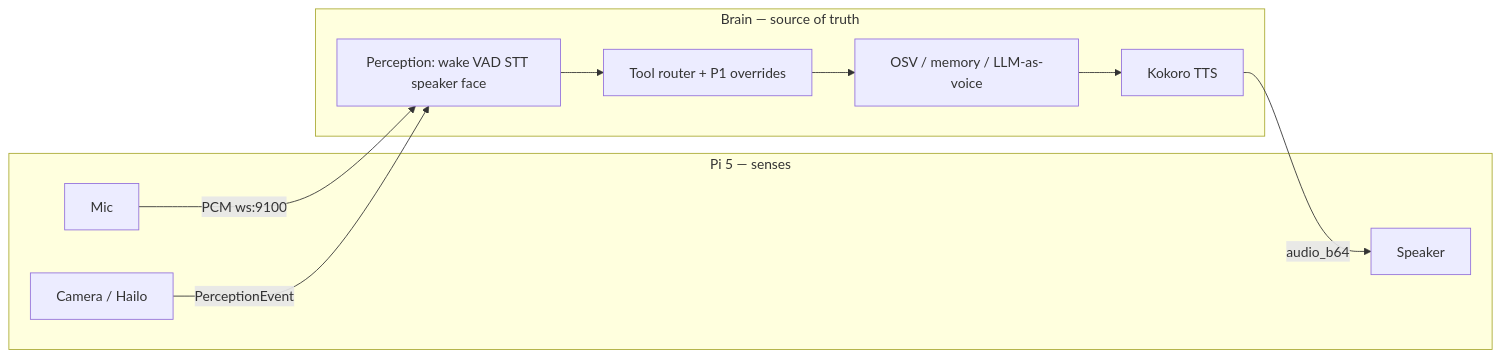
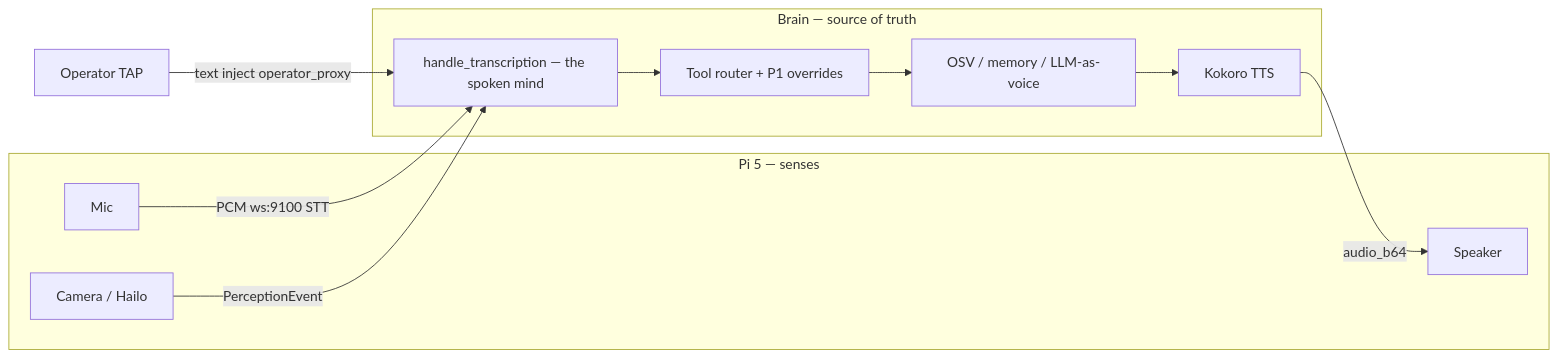
The first of 4 diagrams in docs/AGENT_MAP.md (Nimdy/jarvis-oracle-edition), drawn with Mermaid before and after one commit. The commit also changed other lines of this file and 48 other files, not shown here.

````diff
--- a/docs/AGENT_MAP.md
+++ b/docs/AGENT_MAP.md
@@ -33,17 +44,19 @@
 ```mermaid
 flowchart LR
   subgraph pi [Pi 5 — senses]
     mic[Mic]
     cam[Camera / Hailo]
     spk[Speaker]
   end
   subgraph brain [Brain — source of truth]
-    perc[Perception: wake VAD STT speaker face]
+    perc[handle_transcription — the spoken mind]
     route[Tool router + P1 overrides]
     mind[OSV / memory / LLM-as-voice]
     tts[Kokoro TTS]
   end
-  mic -->|PCM ws:9100| perc
+  tap[Operator TAP]
+  mic -->|PCM ws:9100 STT| perc
+  tap -->|text inject operator_proxy| perc
   cam -->|PerceptionEvent| perc
   perc --> route --> mind --> tts -->|audio_b64| spk
 ```
````
